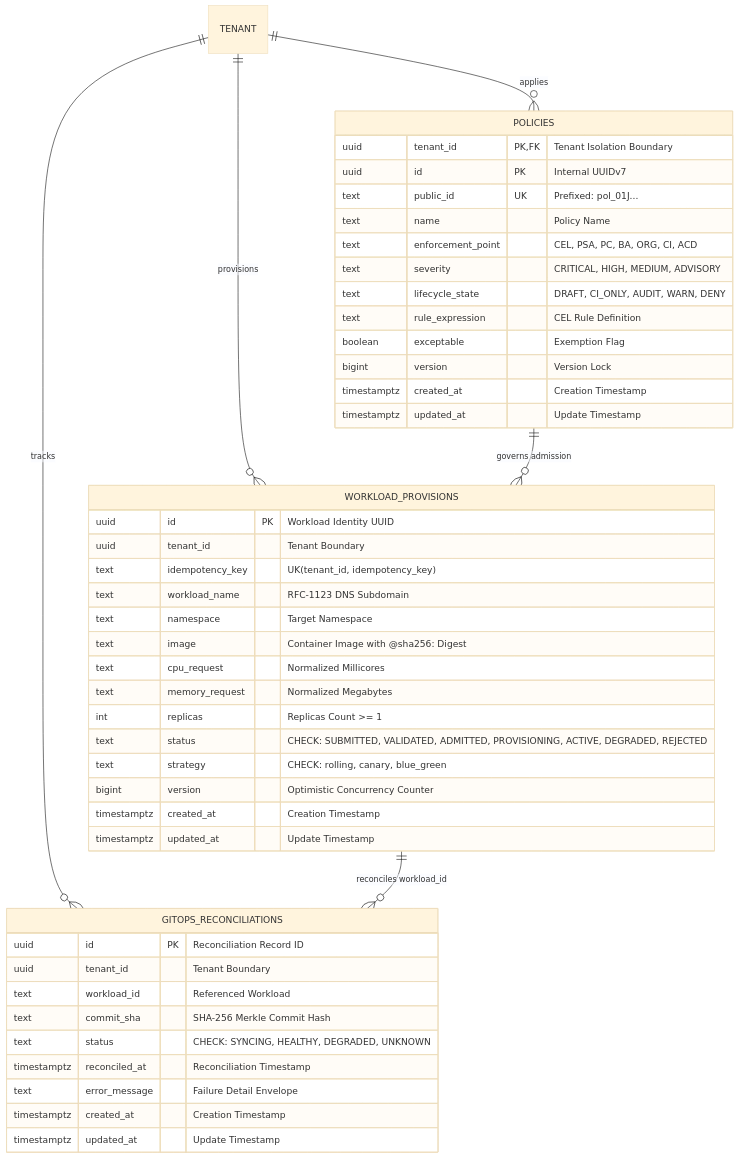
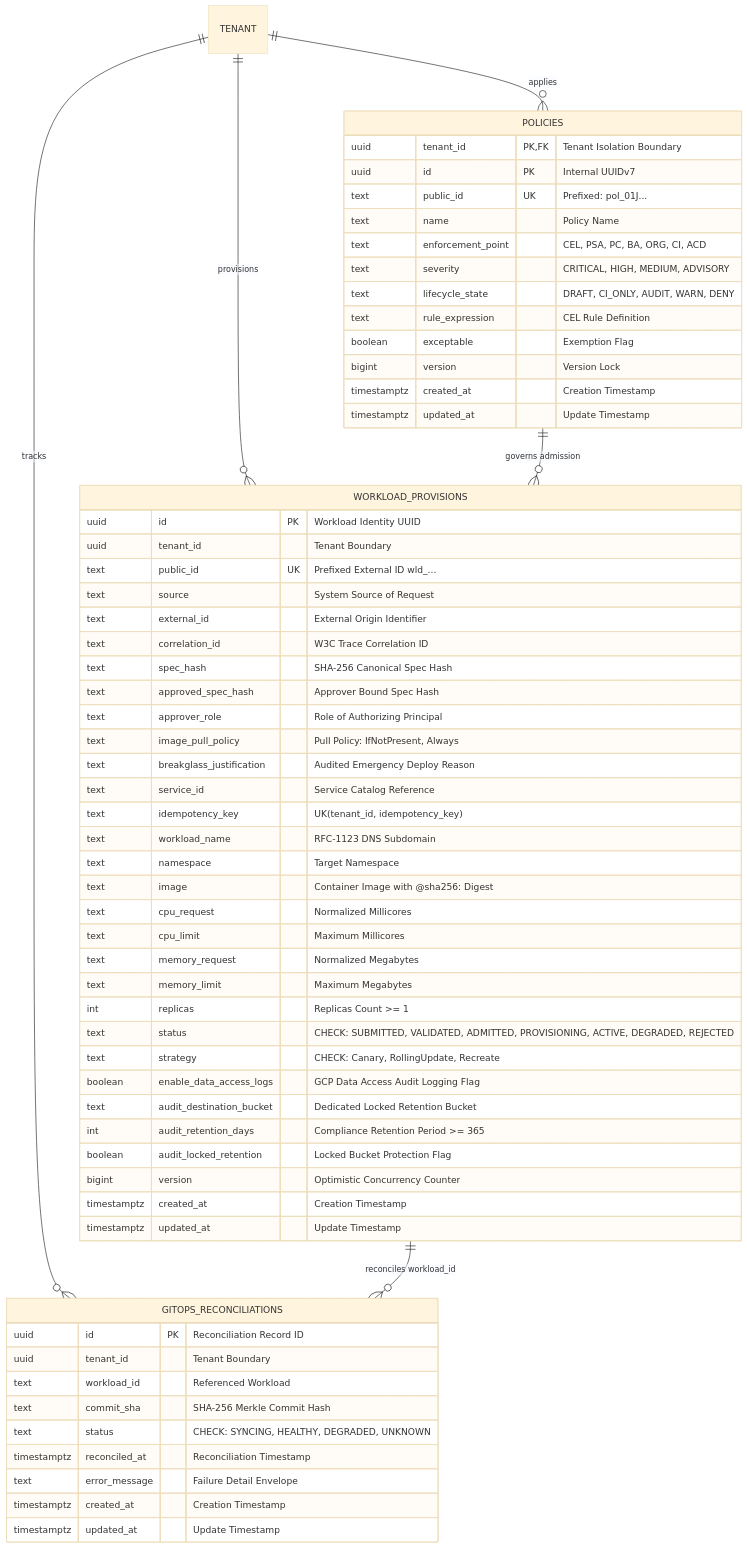
The fourth of 4 diagrams in docs/features/kubernetes-workload-provisioning/diagrams.md (Chief-Strategist-J/internal-developer-platform), drawn with Mermaid (base theme) before and after one commit. The commit also changed 17 other files, not shown here.

Commit message:
feat(audit): enforce data access logs locked retention and off-node shipment

````diff
--- a/docs/features/kubernetes-workload-provisioning/diagrams.md
+++ b/docs/features/kubernetes-workload-provisioning/diagrams.md
@@ -205,53 +205,69 @@
 ```mermaid
 erDiagram
     TENANT ||--o{ WORKLOAD_PROVISIONS : provisions
     TENANT ||--o{ GITOPS_RECONCILIATIONS : tracks
     TENANT ||--o{ POLICIES : applies
 
     WORKLOAD_PROVISIONS ||--o{ GITOPS_RECONCILIATIONS : "reconciles workload_id"
     POLICIES ||--o{ WORKLOAD_PROVISIONS : "governs admission"
 
     WORKLOAD_PROVISIONS {
         uuid id PK "Workload Identity UUID"
         uuid tenant_id "Tenant Boundary"
+        text public_id UK "Prefixed External ID wld_..."
+        text source "System Source of Request"
+        text external_id "External Origin Identifier"
+        text correlation_id "W3C Trace Correlation ID"
+        text spec_hash "SHA-256 Canonical Spec Hash"
+        text approved_spec_hash "Approver Bound Spec Hash"
+        text approver_role "Role of Authorizing Principal"
+        text image_pull_policy "Pull Policy: IfNotPresent, Always"
+        text breakglass_justification "Audited Emergency Deploy Reason"
+        text service_id "Service Catalog Reference"
         text idempotency_key "UK(tenant_id, idempotency_key)"
         text workload_name "RFC-1123 DNS Subdomain"
         text namespace "Target Namespace"
         text image "Container Image with @sha256: Digest"
         text cpu_request "Normalized Millicores"
+        text cpu_limit "Maximum Millicores"
         text memory_request "Normalized Megabytes"
+        text memory_limit "Maximum Megabytes"
         int replicas "Replicas Count >= 1"
         text status "CHECK: SUBMITTED, VALIDATED, ADMITTED, PROVISIONING, ACTIVE, DEGRADED, REJECTED"
-        text strategy "CHECK: rolling, canary, blue_green"
+        text strategy "CHECK: Canary, RollingUpdate, Recreate"
+        boolean enable_data_access_logs "GCP Data Access Audit Logging Flag"
+        text audit_destination_bucket "Dedicated Locked Retention Bucket"
+        int audit_retention_days "Compliance Retention Period >= 365"
+        boolean audit_locked_retention "Locked Bucket Protection Flag"
         bigint version "Optimistic Concurrency Counter"
         timestamptz created_at "Creation Timestamp"
         timestamptz updated_at "Update Timestamp"
     }
 
     GITOPS_RECONCILIATIONS {
         uuid id PK "Reconciliation Record ID"
         uuid tenant_id "Tenant Boundary"
         text workload_id "Referenced Workload"
         text commit_sha "SHA-256 Merkle Commit Hash"
         text status "CHECK: SYNCING, HEALTHY, DEGRADED, UNKNOWN"
         timestamptz reconciled_at "Reconciliation Timestamp"
         text error_message "Failure Detail Envelope"
         timestamptz created_at "Creation Timestamp"
         timestamptz updated_at "Update Timestamp"
     }
 
     POLICIES {
         uuid tenant_id PK,FK "Tenant Isolation Boundary"
         uuid id PK "Internal UUIDv7"
         text public_id UK "Prefixed: pol_01J..."
         text name "Policy Name"
         text enforcement_point "CEL, PSA, PC, BA, ORG, CI, ACD"
         text severity "CRITICAL, HIGH, MEDIUM, ADVISORY"
         text lifecycle_state "DRAFT, CI_ONLY, AUDIT, WARN, DENY"
         text rule_expression "CEL Rule Definition"
         boolean exceptable "Exemption Flag"
         bigint version "Version Lock"
         timestamptz created_at "Creation Timestamp"
         timestamptz updated_at "Update Timestamp"
     }
 ```
````
